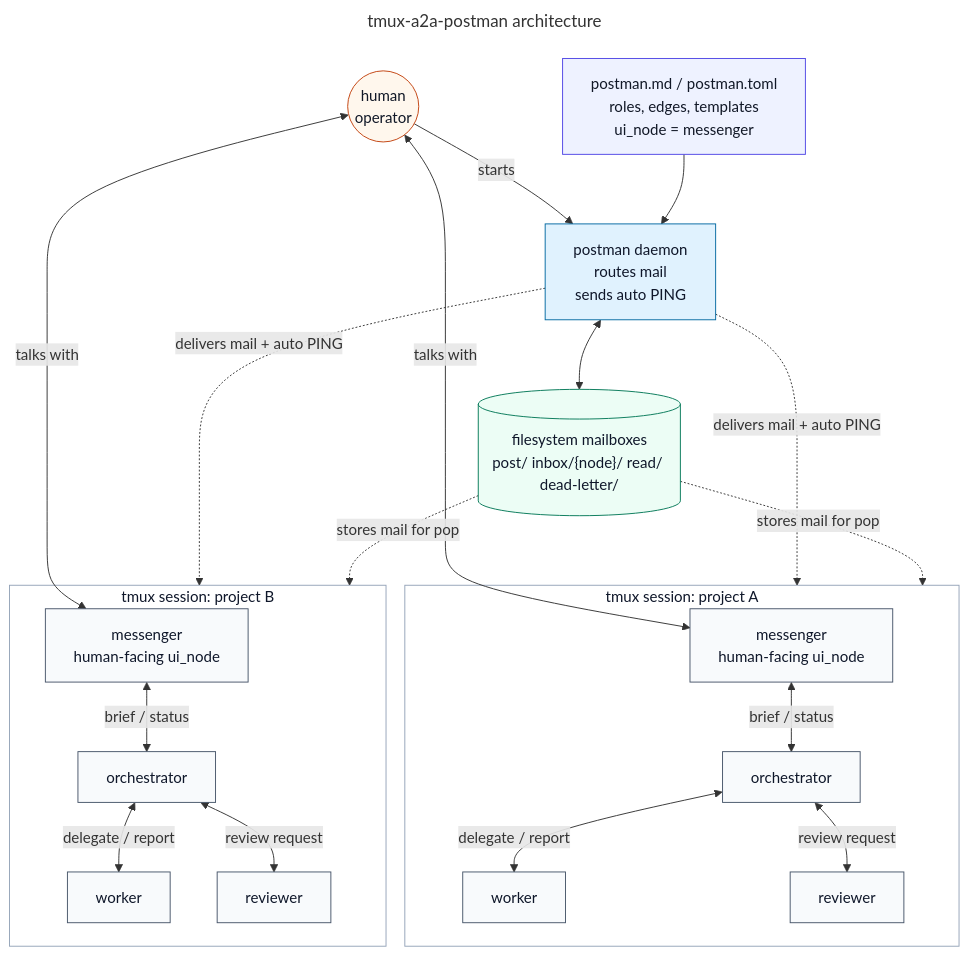
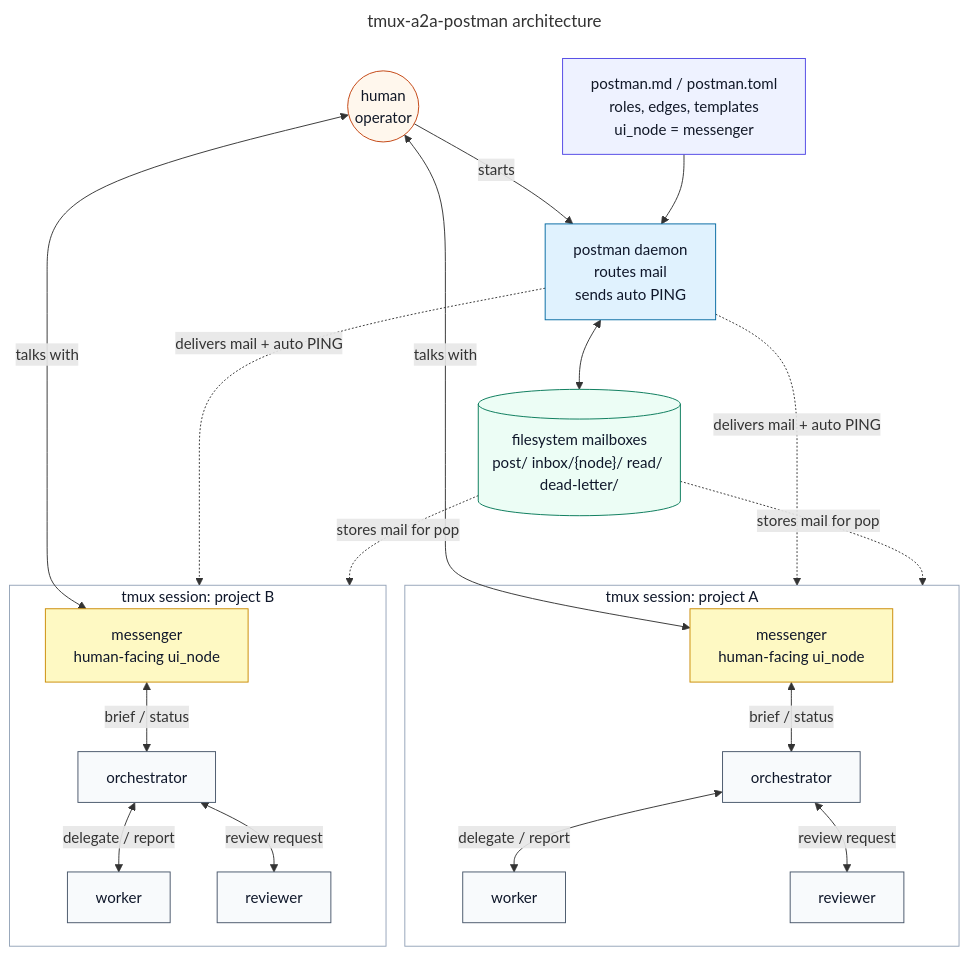
Before and after one commit to i9wa4/tmux-a2a-postman: the first of 2 diagrams in README.md, drawn with Mermaid.

Commit message:
docs: highlight ui node in architecture diagram

````diff
--- a/README.md
+++ b/README.md
@@ -17,56 +17,58 @@
 ```mermaid
 ---
 title: tmux-a2a-postman architecture
 ---
 graph TD
     operator((human\noperator))
     config["postman.md / postman.toml\nroles, edges, templates\nui_node = messenger"]
     daemon["postman daemon\nroutes mail\nsends auto PING"]
     mailbox[("filesystem mailboxes\npost/ inbox/{node}/ read/ dead-letter/")]
 
     subgraph project_a["tmux session: project A"]
         a_messenger["messenger\nhuman-facing ui_node"]
         a_orchestrator["orchestrator"]
         a_worker["worker"]
         a_reviewer["reviewer"]
 
         a_messenger <--> |brief / status| a_orchestrator
         a_orchestrator <--> |delegate / report| a_worker
         a_orchestrator <--> |review request| a_reviewer
     end
 
     subgraph project_b["tmux session: project B"]
         b_messenger["messenger\nhuman-facing ui_node"]
         b_orchestrator["orchestrator"]
         b_worker["worker"]
         b_reviewer["reviewer"]
 
         b_messenger <--> |brief / status| b_orchestrator
         b_orchestrator <--> |delegate / report| b_worker
         b_orchestrator <--> |review request| b_reviewer
     end
 
     operator --> |starts| daemon
     operator <--> |talks with| a_messenger
     operator <--> |talks with| b_messenger
     config --> daemon
     daemon <--> mailbox
     daemon -.->|delivers mail + auto PING| project_a
     daemon -.->|delivers mail + auto PING| project_b
     mailbox -.->|stores mail for pop| project_a
     mailbox -.->|stores mail for pop| project_b
 
     classDef operatorType fill:#fff7ed,stroke:#c2410c,color:#111827
     classDef configType fill:#eef2ff,stroke:#4f46e5,color:#111827
     classDef daemonType fill:#e0f2fe,stroke:#0369a1,color:#0f172a
     classDef storageType fill:#ecfdf5,stroke:#047857,color:#0f172a
     classDef agentType fill:#f8fafc,stroke:#475569,color:#0f172a
+    classDef uiNodeType fill:#fef9c3,stroke:#ca8a04,color:#0f172a
 
     class operator operatorType
     class config configType
     class daemon daemonType
     class mailbox storageType
-    class a_messenger,a_orchestrator,a_worker,a_reviewer,b_messenger,b_orchestrator,b_worker,b_reviewer agentType
+    class a_orchestrator,a_worker,a_reviewer,b_orchestrator,b_worker,b_reviewer agentType
+    class a_messenger,b_messenger uiNodeType
     style project_a fill:#ffffff,stroke:#94a3b8,color:#0f172a
     style project_b fill:#ffffff,stroke:#94a3b8,color:#0f172a
 ```
````
